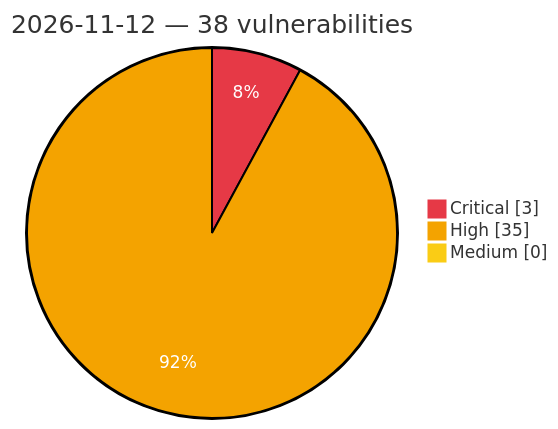
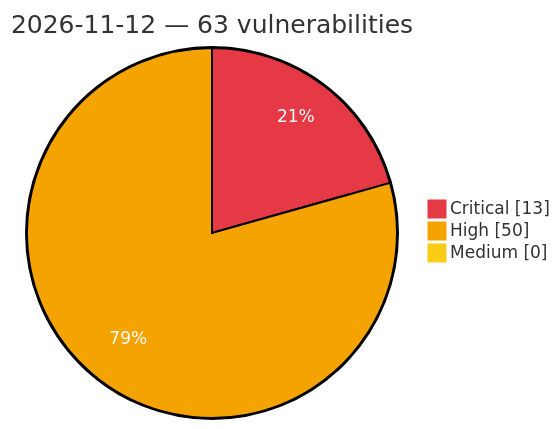
Before and after one commit to GhostX0X/vuln-tracker: the diagram in vulnerabilities/2026/November/2026-11-12.md, drawn with Mermaid. The commit also changed other lines of this file and 5 other files, not shown here.

Commit message:
Auto update: critical/high vulns (2026-11-12 22:22 UTC)

````diff
--- a/vulnerabilities/2026/November/2026-11-12.md
+++ b/vulnerabilities/2026/November/2026-11-12.md
@@ -3,8 +3,8 @@
 ```mermaid
 %%{init: {'theme':'base', 'themeVariables': {'pie1':'#e63946', 'pie2':'#f4a300', 'pie3':'#facc15', 'pieOpacity':'1', 'pieOuterStrokeWidth':'2px', 'pieSectionTextColor':'#ffffff'}}}%%
 pie showData
-    title 2026-11-12 — 38 vulnerabilities
-    "Critical" : 3
-    "High" : 35
+    title 2026-11-12 — 63 vulnerabilities
+    "Critical" : 13
+    "High" : 50
     "Medium" : 0
 ```
````
